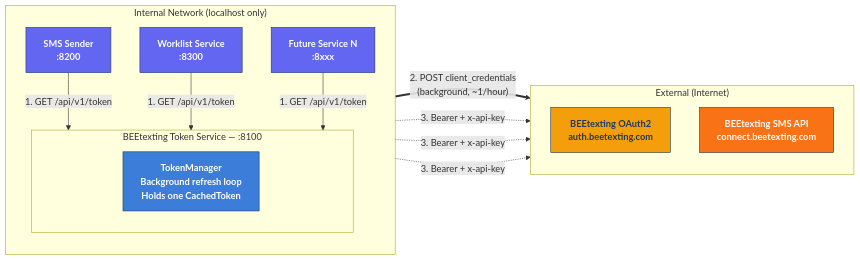
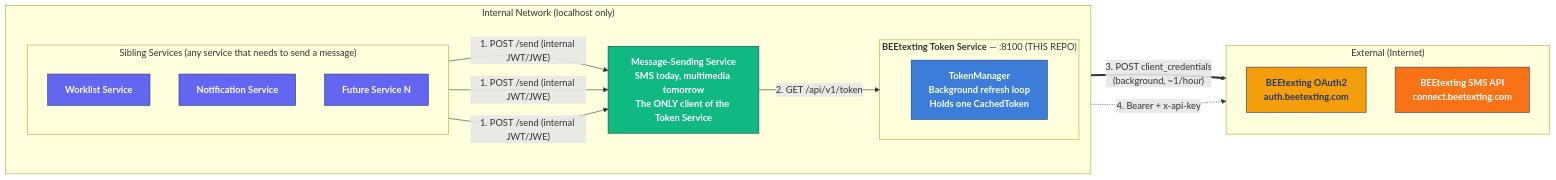
The first of 3 diagrams in README.md (AnsImran/beetexting-token-service), drawn with Mermaid before and after one commit. The commit also changed other lines of this file and 1 other file, not shown here.

First line of the commit message:
docs: rewrite architecture - Message Service is the only Token Service client

````diff
--- a/README.md
+++ b/README.md
@@ -11,39 +11,47 @@
 ```mermaid
 flowchart LR
     subgraph Internal["Internal Network (localhost only)"]
-        direction TB
-        SMS["SMS Sender<br/>:8200"]
-        WL["Worklist Service<br/>:8300"]
-        FS["Future Service N<br/>:8xxx"]
+        direction LR
 
-        subgraph TS["BEEtexting Token Service — :8100"]
+        subgraph Callers["Sibling Services (any service that needs to send a message)"]
+            direction TB
+            WL["Worklist Service"]
+            NOTIF["Notification Service"]
+            FS["Future Service N"]
+        end
+
+        MS["<b>Message-Sending Service</b><br/>SMS today, multimedia tomorrow<br/>The ONLY client of the Token Service"]
+
+        subgraph TS["<b>BEEtexting Token Service</b> — :8100 (THIS REPO)"]
             TM["<b>TokenManager</b><br/>Background refresh loop<br/>Holds one CachedToken"]
         end
     end
 
     subgraph External["External (Internet)"]
         direction TB
         OAUTH["BEEtexting OAuth2<br/>auth.beetexting.com"]
         SMSAPI["BEEtexting SMS API<br/>connect.beetexting.com"]
     end
 
-    SMS -->|"1. GET /api/v1/token"| TS
-    WL -->|"1. GET /api/v1/token"| TS
-    FS -->|"1. GET /api/v1/token"| TS
+    WL -->|"1. POST /send (internal JWT/JWE)"| MS
+    NOTIF -->|"1. POST /send (internal JWT/JWE)"| MS
+    FS -->|"1. POST /send (internal JWT/JWE)"| MS
 
-    TM ==>|"2. POST client_credentials<br/>(background, ~1/hour)"| OAUTH
+    MS -->|"2. GET /api/v1/token"| TS
 
-    SMS -.->|"3. Bearer + x-api-key"| SMSAPI
-    WL -.->|"3. Bearer + x-api-key"| SMSAPI
-    FS -.->|"3. Bearer + x-api-key"| SMSAPI
+    TM ==>|"3. POST client_credentials<br/>(background, ~1/hour)"| OAUTH
 
-    classDef service fill:#6366F1,stroke:#1E3A5F,color:#fff,font-weight:bold
+    MS -.->|"4. Bearer + x-api-key"| SMSAPI
+
+    classDef caller fill:#6366F1,stroke:#1E3A5F,color:#fff,font-weight:bold
+    classDef message fill:#10B981,stroke:#1E3A5F,color:#fff,font-weight:bold
     classDef token fill:#3B7DD8,stroke:#1E3A5F,color:#fff,font-weight:bold
     classDef oauth fill:#F59E0B,stroke:#1E3A5F,color:#1E3A5F,font-weight:bold
     classDef api fill:#F97316,stroke:#1E3A5F,color:#fff,font-weight:bold
 
-    class SMS,WL,FS service
+    class WL,NOTIF,FS caller
+    class MS message
     class TM token
     class OAUTH oauth
     class SMSAPI api
 ```
````
